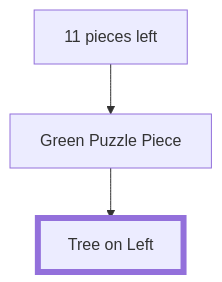
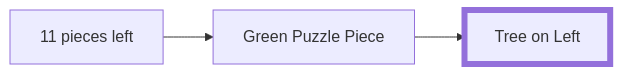
The second of 3 diagrams in README.md (198thread/lineup), drawn with Mermaid before and after one commit. The commit also changed other lines of this file, not shown here.

````diff
--- a/README.md
+++ b/README.md
@@ -14,6 +14,6 @@
 ```mermaid
-graph TD;
+graph LR;
     style E stroke-width:6px
     A["11 pieces left"] --> B[Green Puzzle Piece]
     B --> E["Tree on Left"]
 ```
````
